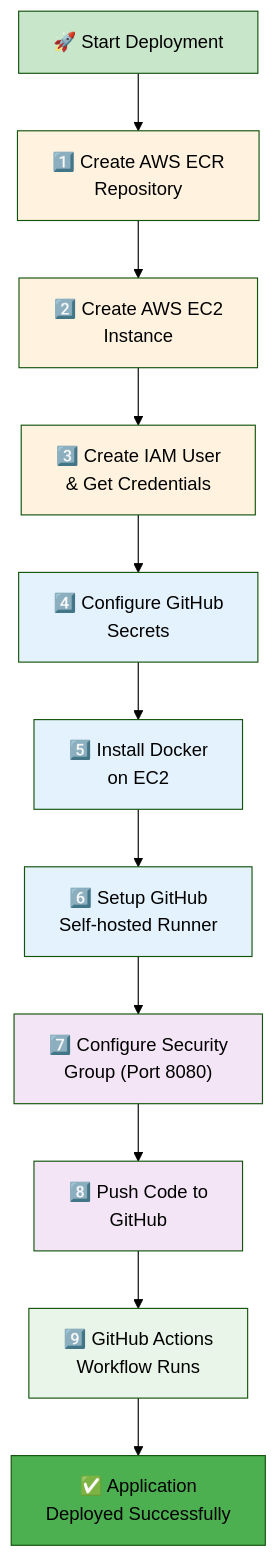
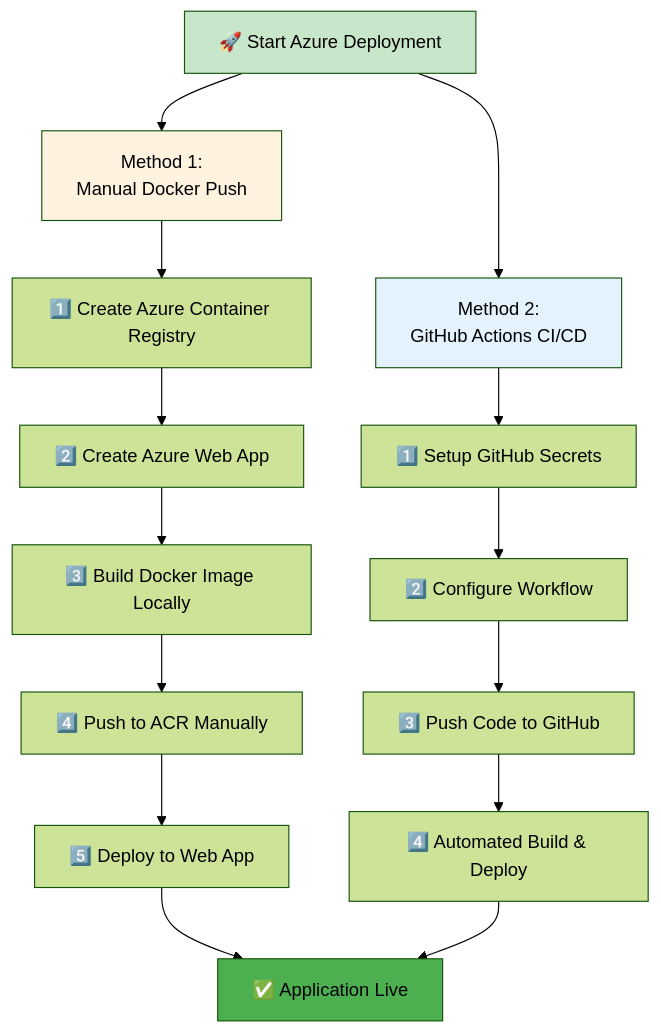
One commit to jagadeshchilla/student_performance_AZURE changed the second of 6 diagrams in README.md. Above: the diagram before and after it, drawn with Mermaid (forest theme). The commit also changed other lines of this file and 3 other files, not shown here.

````diff
--- a/README.md
+++ b/README.md
@@ -56,25 +56,24 @@
 ```mermaid
 graph TD
-    Start["🚀 Start Deployment"] --> Step1["1️⃣ Create AWS ECR<br/>Repository"]
-    Step1 --> Step2["2️⃣ Create AWS EC2<br/>Instance"]
-    Step2 --> Step3["3️⃣ Create IAM User<br/>& Get Credentials"]
-    Step3 --> Step4["4️⃣ Configure GitHub<br/>Secrets"]
-    Step4 --> Step5["5️⃣ Install Docker<br/>on EC2"]
-    Step5 --> Step6["6️⃣ Setup GitHub<br/>Self-hosted Runner"]
-    Step6 --> Step7["7️⃣ Configure Security<br/>Group (Port 8080)"]
-    Step7 --> Step8["8️⃣ Push Code to<br/>GitHub"]
-    Step8 --> Step9["9️⃣ GitHub Actions<br/>Workflow Runs"]
-    Step9 --> Complete["✅ Application<br/>Deployed Successfully"]
+    Start["🚀 Start Azure Deployment"] --> Method1["Method 1:<br/>Manual Docker Push"]
+    Start --> Method2["Method 2:<br/>GitHub Actions CI/CD"]
+    
+    Method1 --> Step1A["1️⃣ Create Azure Container Registry"]
+    Step1A --> Step2A["2️⃣ Create Azure Web App"]
+    Step2A --> Step3A["3️⃣ Build Docker Image Locally"]
+    Step3A --> Step4A["4️⃣ Push to ACR Manually"]
+    Step4A --> Step5A["5️⃣ Deploy to Web App"]
+    
+    Method2 --> Step1B["1️⃣ Setup GitHub Secrets"]
+    Step1B --> Step2B["2️⃣ Configure Workflow"]
+    Step2B --> Step3B["3️⃣ Push Code to GitHub"]
+    Step3B --> Step4B["4️⃣ Automated Build & Deploy"]
+    
+    Step5A --> Success["✅ Application Live"]
+    Step4B --> Success
     
     style Start fill:#c8e6c9
-    style Complete fill:#4caf50
-    style Step1 fill:#fff3e0
-    style Step2 fill:#fff3e0
-    style Step3 fill:#fff3e0
-    style Step4 fill:#e3f2fd
-    style Step5 fill:#e3f2fd
-    style Step6 fill:#e3f2fd
-    style Step7 fill:#f3e5f5
-    style Step8 fill:#f3e5f5
-    style Step9 fill:#e8f5e8
+    style Success fill:#4caf50
+    style Method1 fill:#fff3e0
+    style Method2 fill:#e3f2fd
 ```
````
